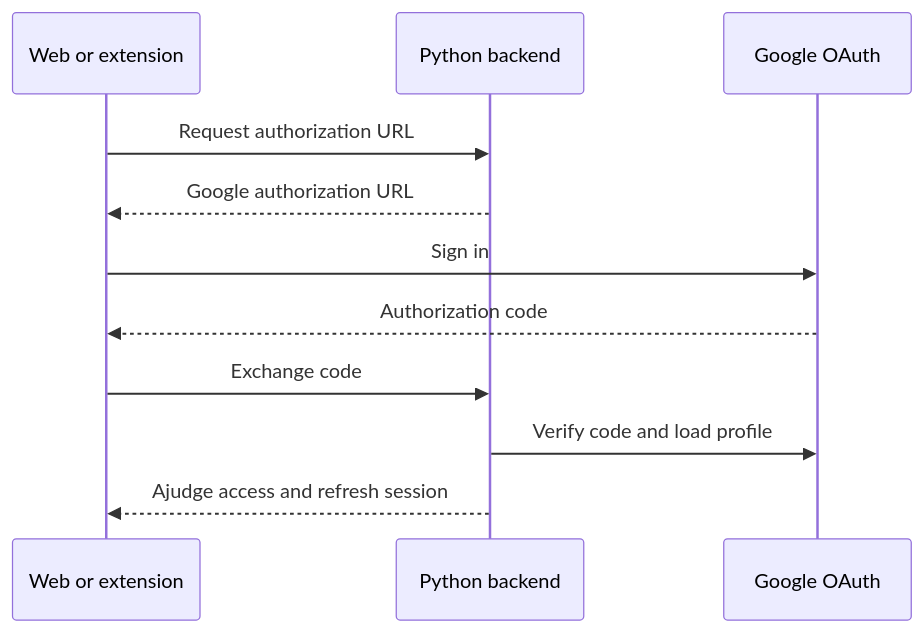
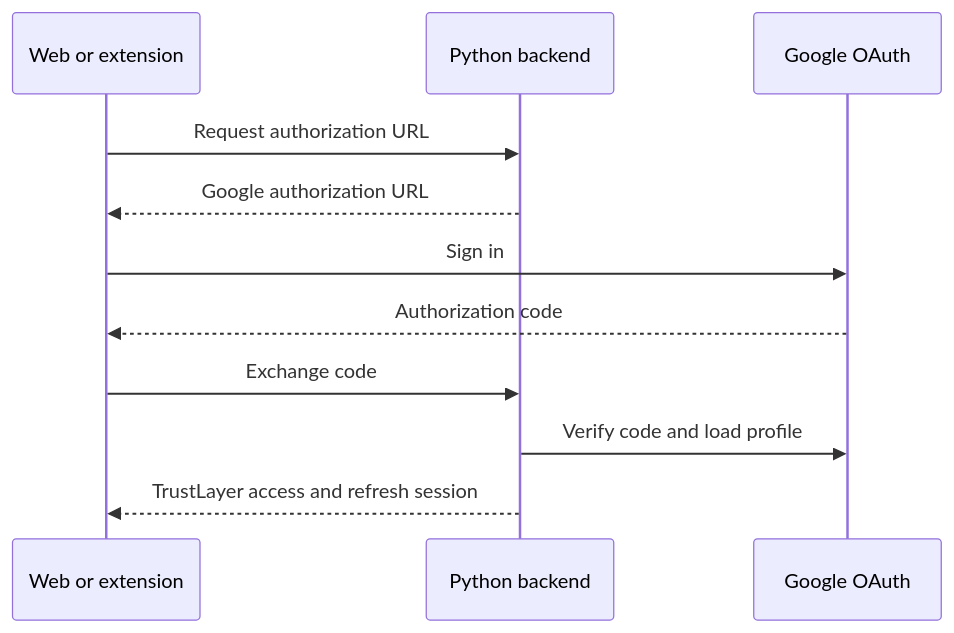
Before and after one commit to dimigo-ajudge/ajudge: the diagram in README.md, drawn with Mermaid. The commit also changed other lines of this file and 16 other files, not shown here.

````diff
--- a/README.md
+++ b/README.md
@@ -19,13 +18,13 @@
 ```mermaid
 sequenceDiagram
   participant Client as Web or extension
   participant API as Python backend
   participant Google as Google OAuth
   Client->>API: Request authorization URL
   API-->>Client: Google authorization URL
   Client->>Google: Sign in
   Google-->>Client: Authorization code
   Client->>API: Exchange code
   API->>Google: Verify code and load profile
-  API-->>Client: Ajudge access and refresh session
+  API-->>Client: TrustLayer access and refresh session
 ```
````
